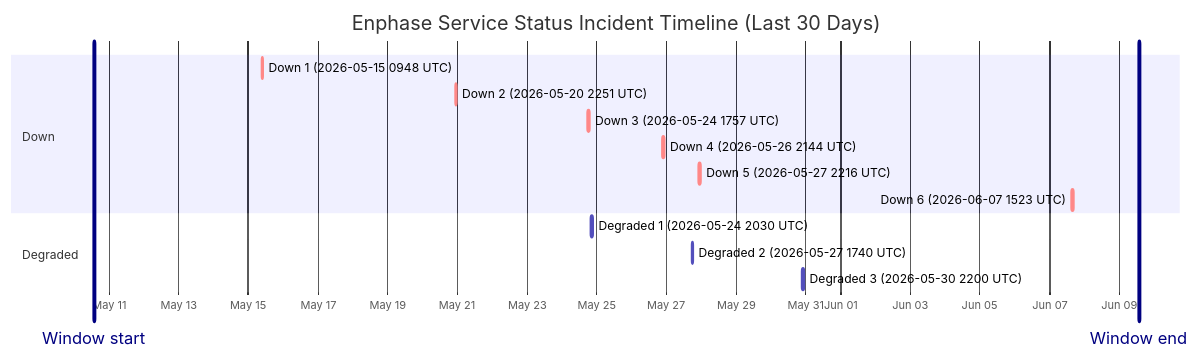
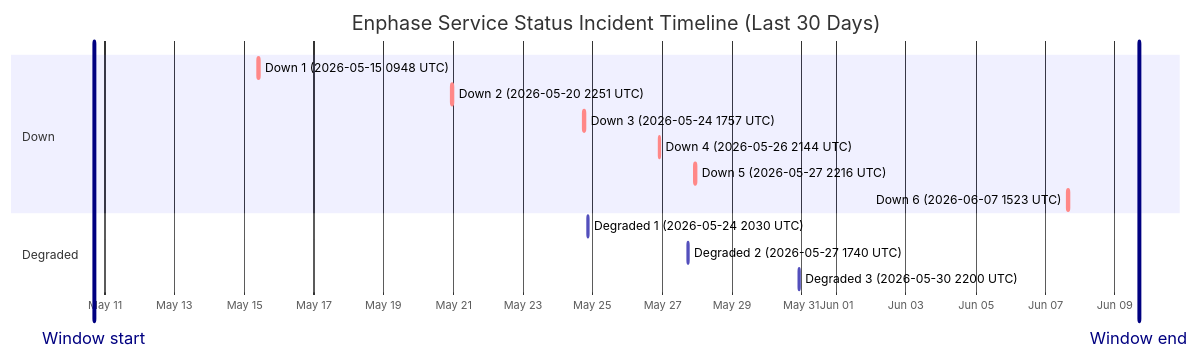
Before and after one commit to barneyonline/ha-enphase-energy: the diagram in wiki/Service-Status-History.md, drawn with Mermaid. The commit also changed other lines of this file and 3 other files, not shown here.

````diff
--- a/wiki/Service-Status-History.md
+++ b/wiki/Service-Status-History.md
@@ -14,19 +14,19 @@
 ```mermaid
 gantt
     title Enphase Service Status Incident Timeline (Last 30 Days)
     dateFormat  YYYY-MM-DDTHH:mm:ss
     axisFormat  %b %d
-    Window start :vert, window-start, 2026-05-10T13:43:36, 0ms
-    Window end :vert, window-end, 2026-06-09T13:43:36, 0ms
+    Window start :vert, window-start, 2026-05-10T16:30:17, 0ms
+    Window end :vert, window-end, 2026-06-09T16:30:17, 0ms
     section Down
     Down 1 (2026-05-15 0948 UTC) :crit, down-1, 2026-05-15T09:48:18, 60m
     Down 2 (2026-05-20 2251 UTC) :crit, down-2, 2026-05-20T22:51:14, 75m
     Down 3 (2026-05-24 1757 UTC) :crit, down-3, 2026-05-24T17:57:41, 86m
     Down 4 (2026-05-26 2144 UTC) :crit, down-4, 2026-05-26T21:44:11, 85m
     Down 5 (2026-05-27 2216 UTC) :crit, down-5, 2026-05-27T22:16:53, 87m
     Down 6 (2026-06-07 1523 UTC) :crit, down-6, 2026-06-07T15:23:22, 87m
     section Degraded
     Degraded 1 (2026-05-24 2030 UTC) :active, degraded-1, 2026-05-24T20:30:57, 84m
     Degraded 2 (2026-05-27 1740 UTC) :active, degraded-2, 2026-05-27T17:40:52, 60m
     Degraded 3 (2026-05-30 2200 UTC) :active, degraded-3, 2026-05-30T22:00:37, 60m
 ```
````
